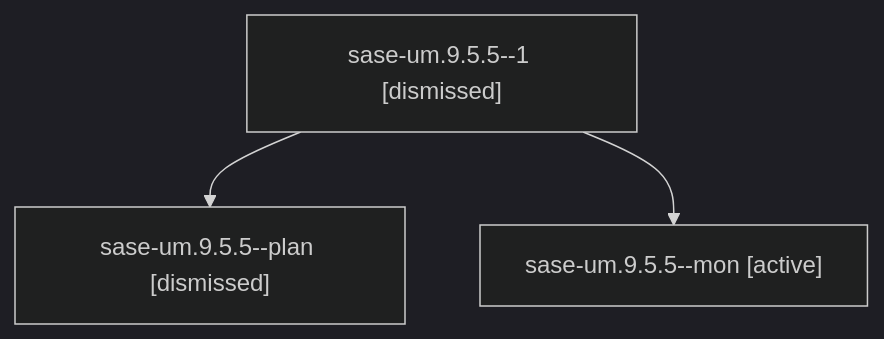
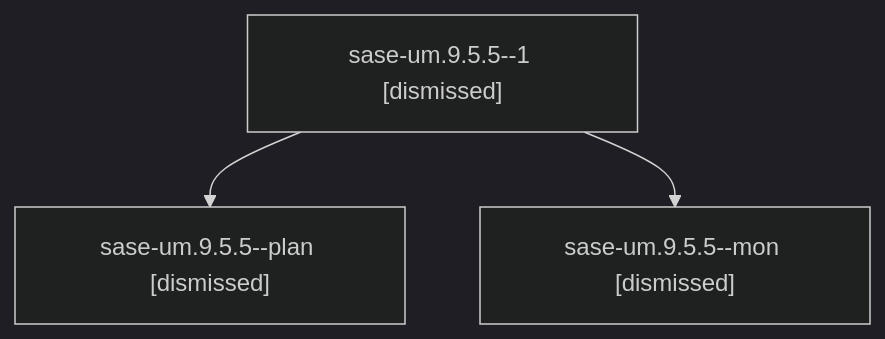
The diagram in sessions/bbugyi200.athena.sase-um.9.5.5.md (sase-org/sase--agents), drawn with Mermaid (dark theme) before and after one commit. The commit also changed other lines of this file and 243 other files, not shown here.

````diff
--- a/sessions/bbugyi200.athena.sase-um.9.5.5.md
+++ b/sessions/bbugyi200.athena.sase-um.9.5.5.md
@@ -9,8 +9,8 @@
 ```mermaid
 flowchart TD
   n0["sase-um.9.5.5--1 [dismissed]"]
   n1["sase-um.9.5.5--plan [dismissed]"]
   n0 --> n1
-  n2["sase-um.9.5.5--mon [active]"]
+  n2["sase-um.9.5.5--mon [dismissed]"]
   n0 --> n2
 ```
````
